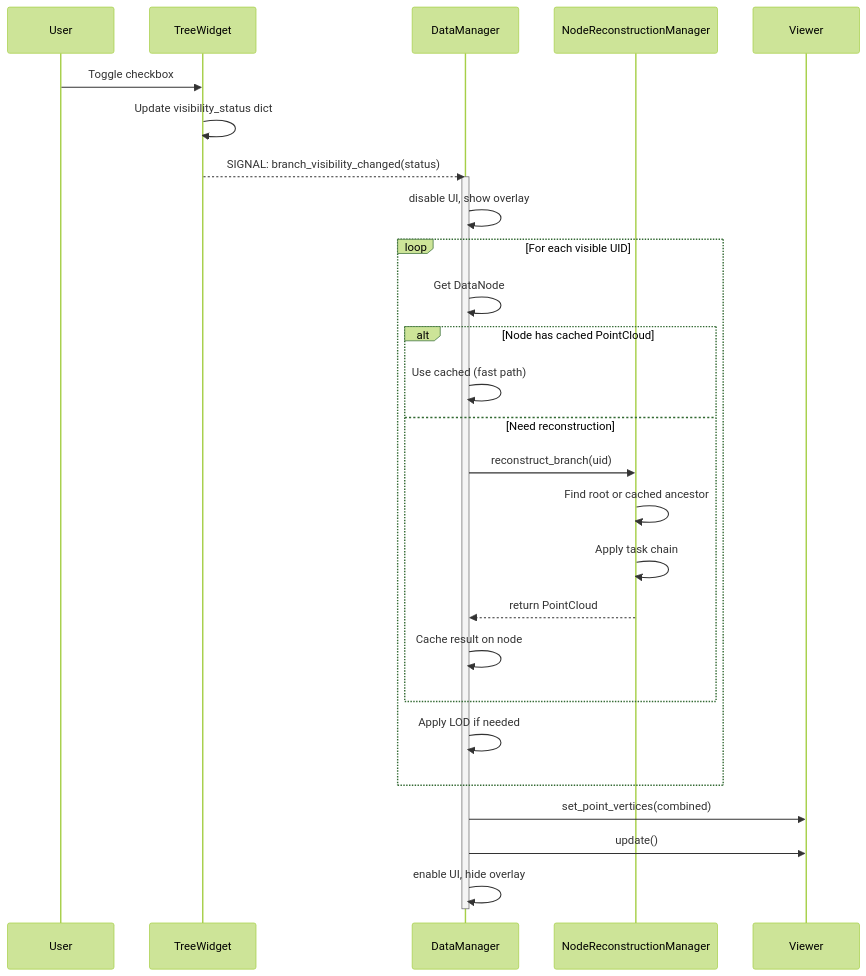
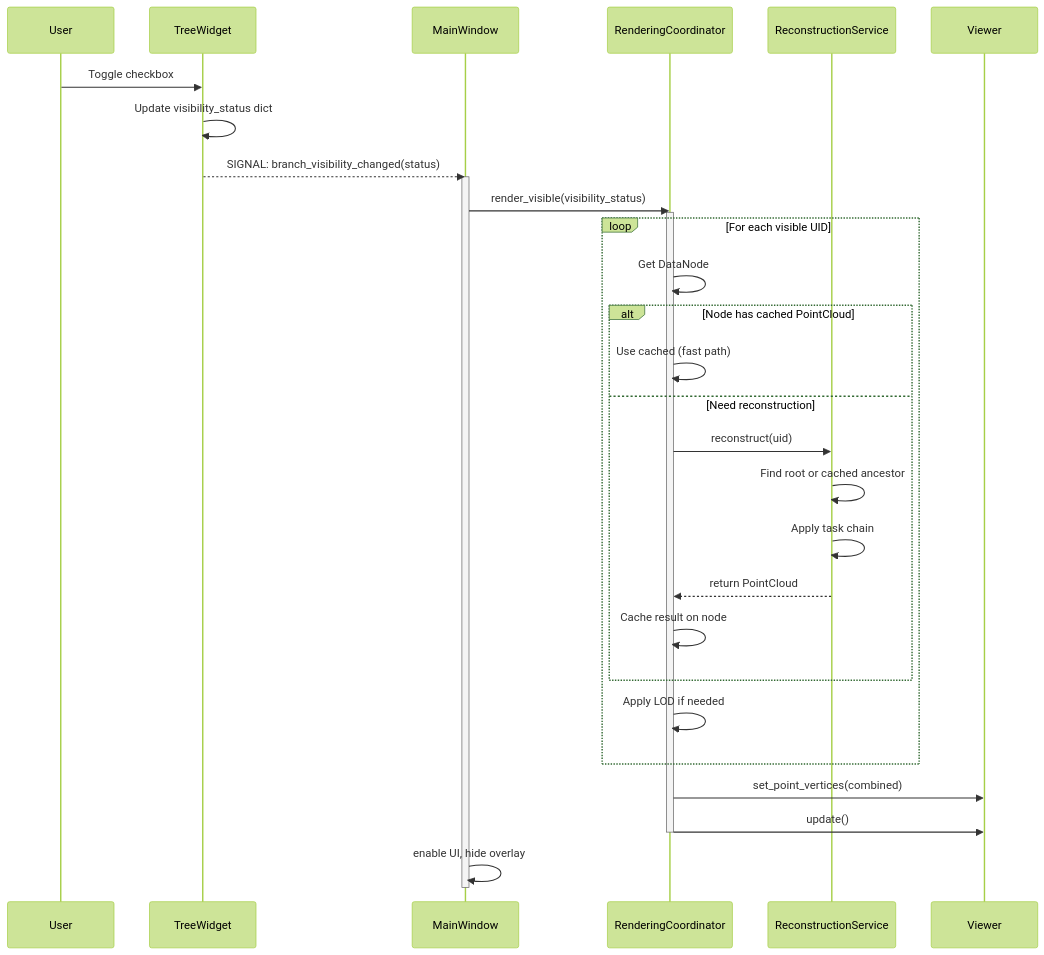
The fifth of 8 diagrams in ARCHITECTURE.md (Sepehr-Sobhani-AU/SPCToolkit), drawn with Mermaid (forest theme) before and after one commit. The commit also changed other lines of this file and 1 other file, not shown here.

First line of the commit message:
Update CLAUDE.md and ARCHITECTURE.md for new architecture

````diff
--- a/ARCHITECTURE.md
+++ b/ARCHITECTURE.md
@@ -256,35 +286,38 @@
 ```mermaid
 sequenceDiagram
     participant User
     participant TW as TreeWidget
-    participant DM as DataManager
-    participant NRM as NodeReconstructionManager
+    participant MW as MainWindow
+    participant RC as RenderingCoordinator
+    participant RS as ReconstructionService
     participant PV as Viewer
 
     User->>TW: Toggle checkbox
     TW->>TW: Update visibility_status dict
 
-    TW-->>DM: SIGNAL: branch_visibility_changed(status)
+    TW-->>MW: SIGNAL: branch_visibility_changed(status)
 
-    activate DM
-    DM->>DM: disable UI, show overlay
+    activate MW
+    MW->>RC: render_visible(visibility_status)
 
+    activate RC
     loop For each visible UID
-        DM->>DM: Get DataNode
+        RC->>RC: Get DataNode
         alt Node has cached PointCloud
-            DM->>DM: Use cached (fast path)
+            RC->>RC: Use cached (fast path)
         else Need reconstruction
-            DM->>NRM: reconstruct_branch(uid)
-            NRM->>NRM: Find root or cached ancestor
-            NRM->>NRM: Apply task chain
-            NRM-->>DM: return PointCloud
-            DM->>DM: Cache result on node
+            RC->>RS: reconstruct(uid)
+            RS->>RS: Find root or cached ancestor
+            RS->>RS: Apply task chain
+            RS-->>RC: return PointCloud
+            RC->>RC: Cache result on node
         end
-        DM->>DM: Apply LOD if needed
+        RC->>RC: Apply LOD if needed
     end
 
-    DM->>PV: set_point_vertices(combined)
-    DM->>PV: update()
-    DM->>DM: enable UI, hide overlay
-    deactivate DM
+    RC->>PV: set_point_vertices(combined)
+    RC->>PV: update()
+    deactivate RC
+    MW->>MW: enable UI, hide overlay
+    deactivate MW
 ```
````
